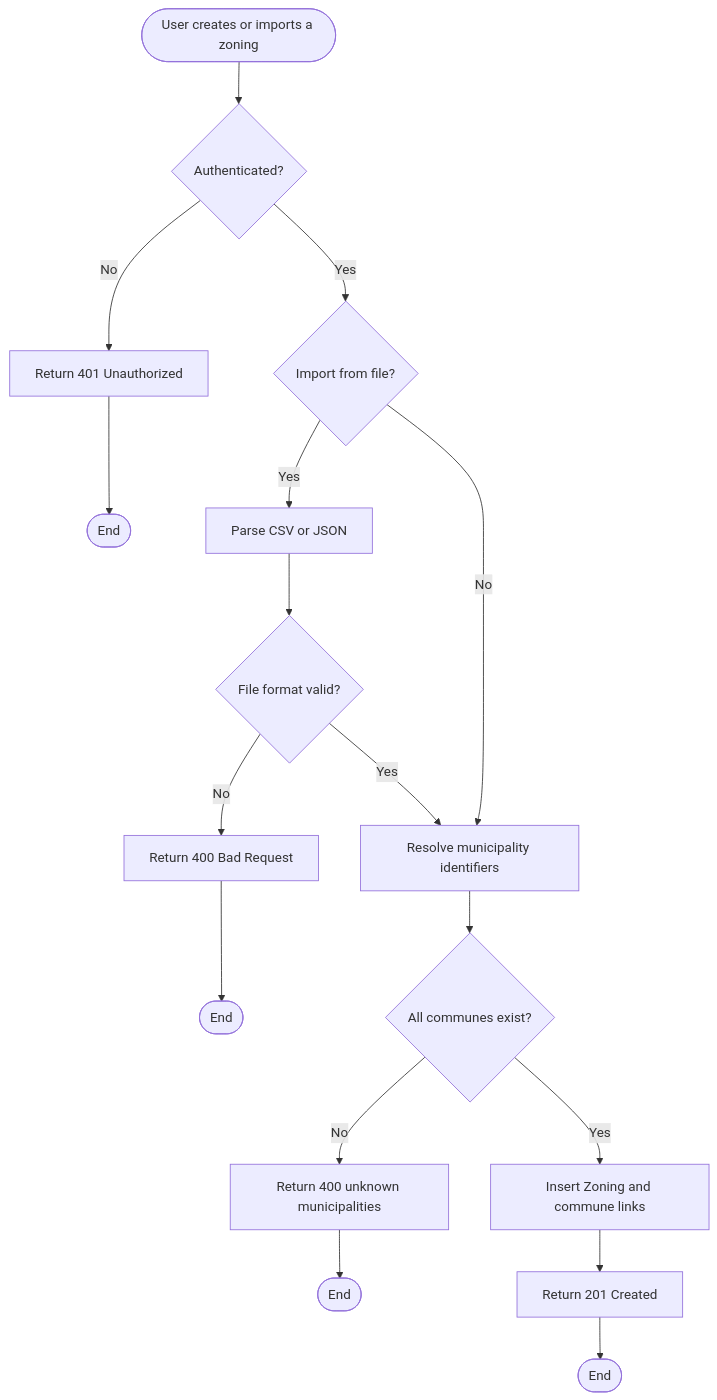
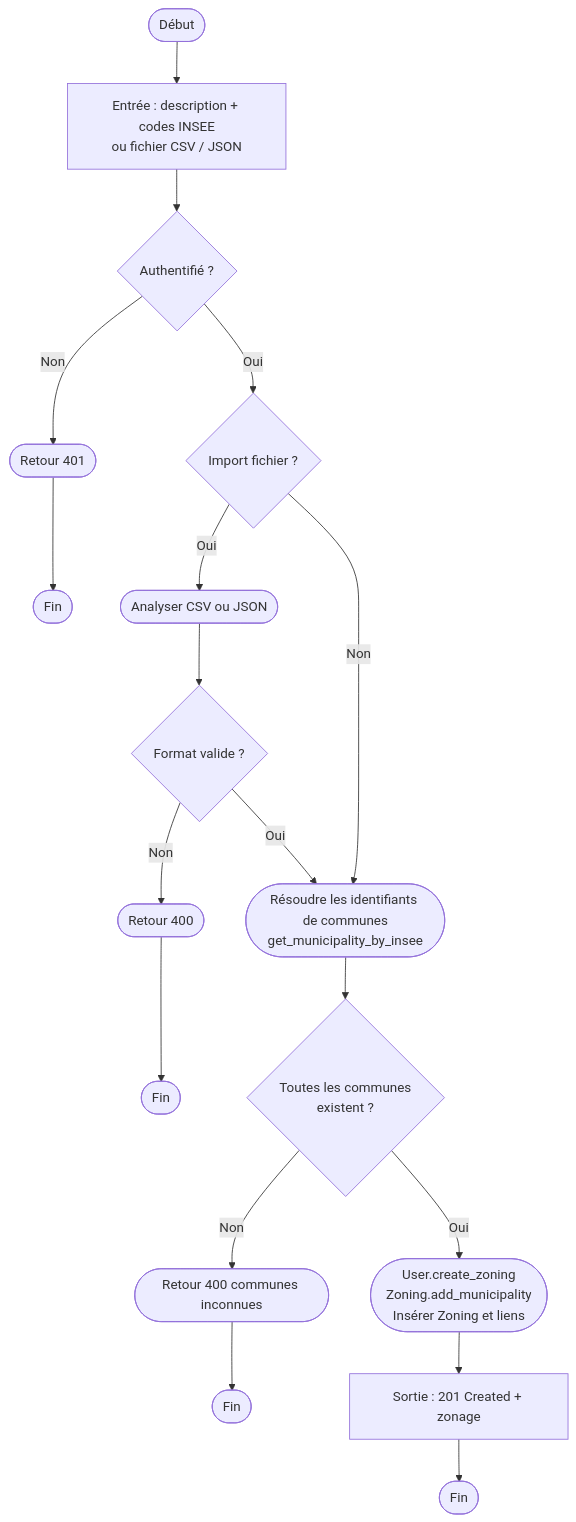
Before and after one commit to gabriel-dahan/ensai-it-project-2a-team12: the seventh of 8 diagrams in doc/activity_diagram.md, drawn with Mermaid. The commit also changed other lines of this file and 29 other files, not shown here.

Commit message:
New diagrams & reporr

````diff
--- a/doc/activity_diagram.md
+++ b/doc/activity_diagram.md
@@ -112,19 +141,20 @@
 ```mermaid
 flowchart TD
-    start([User creates or imports a zoning]) --> auth{Authenticated?}
-    auth -->|No| unauth[Return 401 Unauthorized]
-    unauth --> endUnauth([End])
-    auth -->|Yes| source{Import from file?}
-    source -->|Yes| parse[Parse CSV or JSON]
-    parse --> formatOk{File format valid?}
-    formatOk -->|No| badFile[Return 400 Bad Request]
-    badFile --> endFile([End])
-    formatOk -->|Yes| resolve
-    source -->|No| resolve[Resolve municipality identifiers]
-    resolve --> known{All communes exist?}
-    known -->|No| unknown[Return 400 unknown municipalities]
-    unknown --> endUnknown([End])
-    known -->|Yes| save[Insert Zoning and commune links]
-    save --> created[Return 201 Created]
-    created --> endOk([End])
+    start([Début]) --> entree["Entrée : description + codes INSEE\nou fichier CSV / JSON"]
+    entree --> auth{Authentifié ?}
+    auth -->|Non| unauth([Retour 401])
+    unauth --> endUnauth([Fin])
+    auth -->|Oui| source{Import fichier ?}
+    source -->|Oui| parse([Analyser CSV ou JSON])
+    parse --> formatOk{Format valide ?}
+    formatOk -->|Non| badFile([Retour 400])
+    badFile --> endFile([Fin])
+    formatOk -->|Oui| resolve
+    source -->|Non| resolve(["Résoudre les identifiants de communes\nget_municipality_by_insee"])
+    resolve --> known{Toutes les communes\nexistent ?}
+    known -->|Non| unknown([Retour 400 communes inconnues])
+    unknown --> endUnknown([Fin])
+    known -->|Oui| save(["User.create_zoning\nZoning.add_municipality\nInsérer Zoning et liens"])
+    save --> created["Sortie : 201 Created + zonage"]
+    created --> endOk([Fin])
 ```
````
